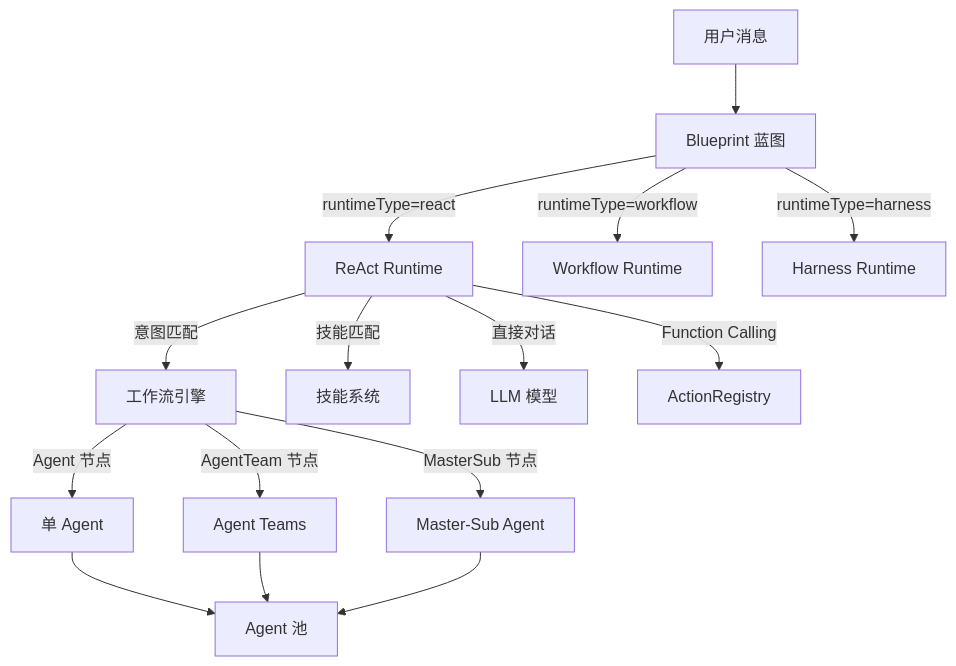
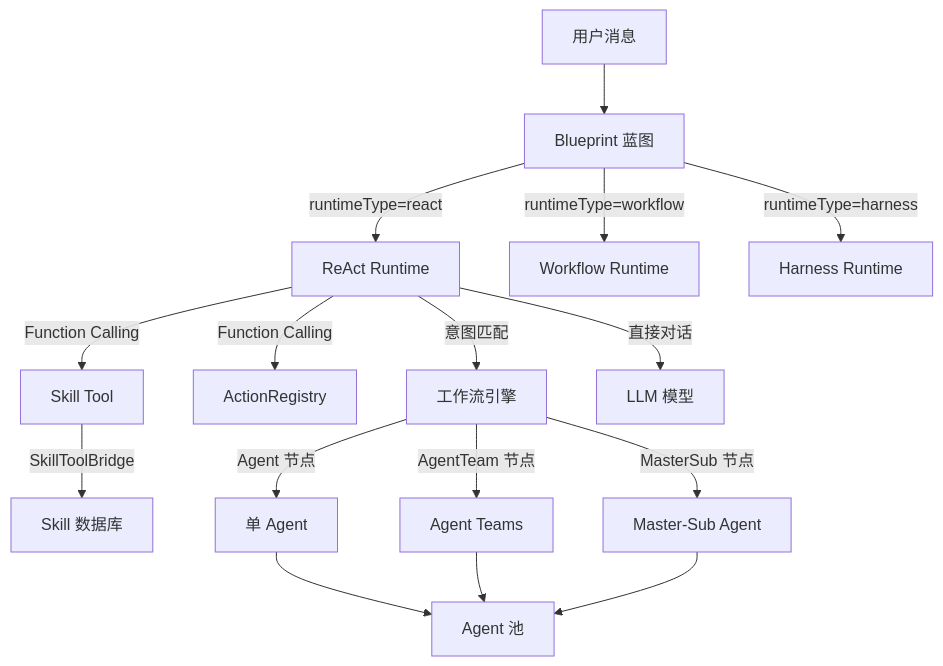
Before and after one commit to wcl1237/wanju: the first of 5 diagrams in Agent.md, drawn with Mermaid. The commit also changed other lines of this file and 3 other files, not shown here.

First line of the commit message:
docs: 更新文档和首页 — Skill Tool 化 + 流式协议

````diff
--- a/Agent.md
+++ b/Agent.md
@@ -17,20 +17,22 @@
 ```mermaid
 graph TD
     User[用户消息] --> BP[Blueprint 蓝图]
     BP -->|runtimeType=react| ReAct[ReAct Runtime]
     BP -->|runtimeType=workflow| WFR[Workflow Runtime]
     BP -->|runtimeType=harness| HR[Harness Runtime]
 
     ReAct -->|意图匹配| WF[工作流引擎]
-    ReAct -->|技能匹配| Skill[技能系统]
+    ReAct -->|Function Calling| Actions[ActionRegistry]
+    ReAct -->|Function Calling| SkillTool[Skill Tool]
     ReAct -->|直接对话| LLM[LLM 模型]
-    ReAct -->|Function Calling| Actions[ActionRegistry]
+
+    SkillTool -->|SkillToolBridge| SkillDB[Skill 数据库]
 
     WF -->|Agent 节点| Agent1[单 Agent]
     WF -->|AgentTeam 节点| Agent2[Agent Teams]
     WF -->|MasterSub 节点| Agent3[Master-Sub Agent]
 
     Agent1 --> Pool[Agent 池]
     Agent2 --> Pool
     Agent3 --> Pool
 ```
````
